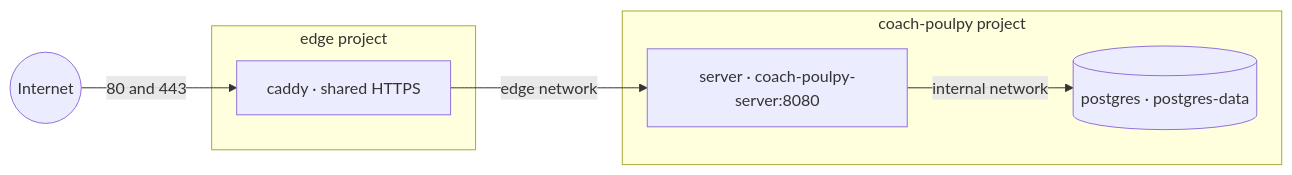
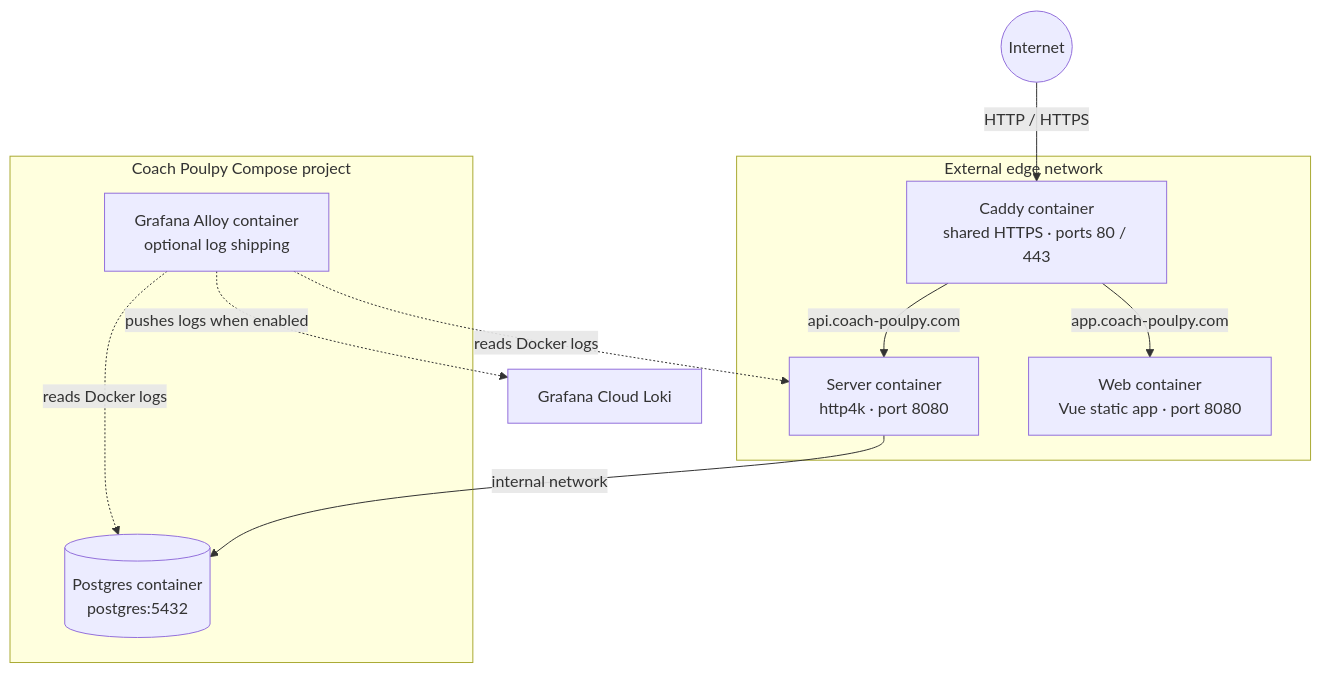
The diagram in docs/deploying-the-server.md (tkint/coach-poulpy), drawn with Mermaid before and after one commit. The commit also changed other lines of this file and 3 other files, not shown here.

Commit message:
docs: add vertical architecture and authentication diagrams

````diff
--- a/docs/deploying-the-server.md
+++ b/docs/deploying-the-server.md
@@ -9,13 +9,24 @@
 ```mermaid
-flowchart LR
-    internet(("Internet")) -- "80 and 443" --> caddy
-    subgraph edgeproj["edge project"]
-        caddy["caddy · shared HTTPS"]
+flowchart TD
+    internet(("Internet"))
+    caddy["Caddy container<br/>shared HTTPS · ports 80 / 443"]
+    subgraph edgeproj["External edge network"]
+        caddy
+        server["Server container<br/>http4k · port 8080"]
+        web["Web container<br/>Vue static app · port 8080"]
     end
-    subgraph appproj["coach-poulpy project"]
-        server["server · coach-poulpy-server:8080"]
-        postgres[("postgres · postgres-data")]
+    subgraph appproj["Coach Poulpy Compose project"]
+        server
+        postgres[("Postgres container<br/>postgres:5432")]
+        alloy["Grafana Alloy container<br/>optional log shipping"]
     end
-    caddy -- "edge network" --> server
-    server -- "internal network" --> postgres
+    loki["Grafana Cloud Loki"]
+
+    internet -->|HTTP / HTTPS| caddy
+    caddy -->|api.coach-poulpy.com| server
+    caddy -->|app.coach-poulpy.com| web
+    server -->|internal network| postgres
+    alloy -. reads Docker logs .-> server
+    alloy -. reads Docker logs .-> postgres
+    alloy -. pushes logs when enabled .-> loki
 ```
````
